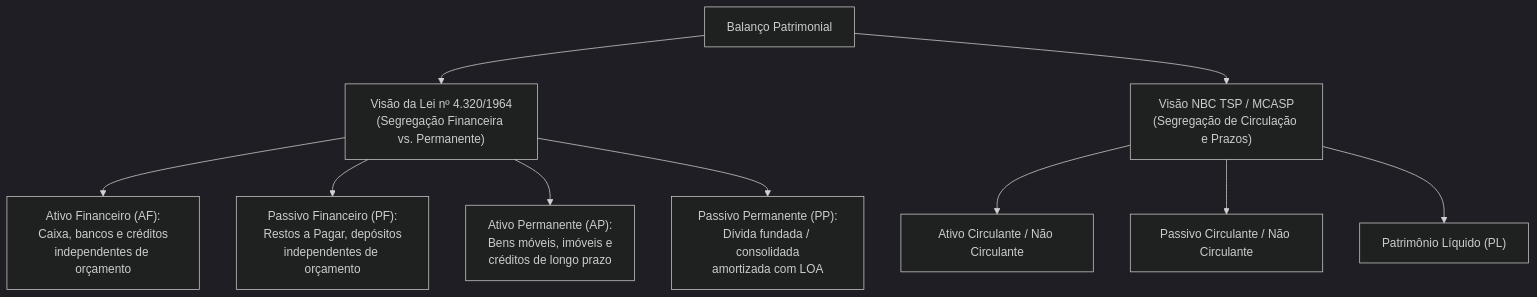
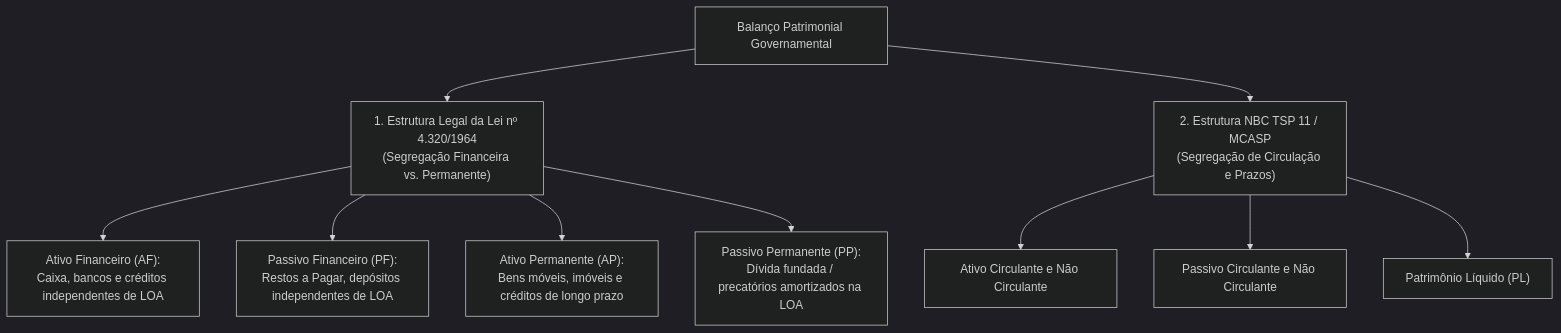
One commit to thiagosantos346/TCE-GO-2027 changed the third of 6 diagrams in fontes_de_estudo/conhecimentos_especificos_a01_tecnico_administrativo/20_contabilidade_aplicada_ao_setor_publico/04_demonstracoes_contabeis_mcasp_e_prestacao_de_contas.md. Above: the diagram before and after it, drawn with Mermaid (dark theme). The commit also changed other lines of this file and 119 other files, not shown here.

````diff
--- a/fontes_de_estudo/conhecimentos_especificos_a01_tecnico_administrativo/20_contabilidade_aplicada_ao_setor_publico/04_demonstracoes_contabeis_mcasp_e_prestacao_de_contas.md
+++ b/fontes_de_estudo/conhecimentos_especificos_a01_tecnico_administrativo/20_contabilidade_aplicada_ao_setor_publico/04_demonstracoes_contabeis_mcasp_e_prestacao_de_contas.md
@@ -135,16 +126,16 @@
 ```mermaid
 flowchart TD
-    BP["Balanço Patrimonial"]
+    BP["Balanço Patrimonial Governamental"]
     
-    BP --> L4320["Visão da Lei nº 4.320/1964<br/>(Segregação Financeira vs. Permanente)"]
-    BP --> NBCTSP["Visão NBC TSP / MCASP<br/>(Segregação de Circulação e Prazos)"]
+    BP --> EstruturaLegal["1. Estrutura Legal da Lei nº 4.320/1964<br/>(Segregação Financeira vs. Permanente)"]
+    BP --> EstruturaInt["2. Estrutura NBC TSP 11 / MCASP<br/>(Segregação de Circulação e Prazos)"]
     
-    L4320 --> AF["Ativo Financeiro (AF):<br/>Caixa, bancos e créditos<br/>independentes de orçamento"]
-    L4320 --> PF["Passivo Financeiro (PF):<br/>Restos a Pagar, depósitos<br/>independentes de orçamento"]
-    L4320 --> AP["Ativo Permanente (AP):<br/>Bens móveis, imóveis e<br/>créditos de longo prazo"]
-    L4320 --> PP["Passivo Permanente (PP):<br/>Dívida fundada / consolidada<br/>amortizada com LOA"]
+    EstruturaLegal --> AF["Ativo Financeiro (AF):<br/>Caixa, bancos e créditos independentes de LOA"]
+    EstruturaLegal --> PF["Passivo Financeiro (PF):<br/>Restos a Pagar, depósitos independentes de LOA"]
+    EstruturaLegal --> AP["Ativo Permanente (AP):<br/>Bens móveis, imóveis e créditos de longo prazo"]
+    EstruturaLegal --> PP["Passivo Permanente (PP):<br/>Dívida fundada / precatórios amortizados na LOA"]
     
-    NBCTSP --> AC["Ativo Circulante / Não Circulante"]
-    NBCTSP --> PC["Passivo Circulante / Não Circulante"]
-    NBCTSP --> PL["Patrimônio Líquido (PL)"]
+    EstruturaInt --> AC["Ativo Circulante e Não Circulante"]
+    EstruturaInt --> PC["Passivo Circulante e Não Circulante"]
+    EstruturaInt --> PL["Patrimônio Líquido (PL)"]
 ```
````
